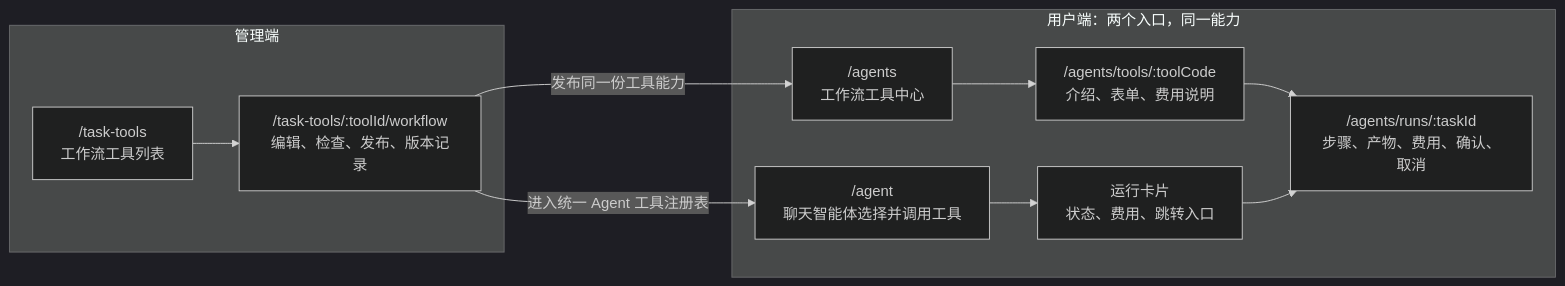
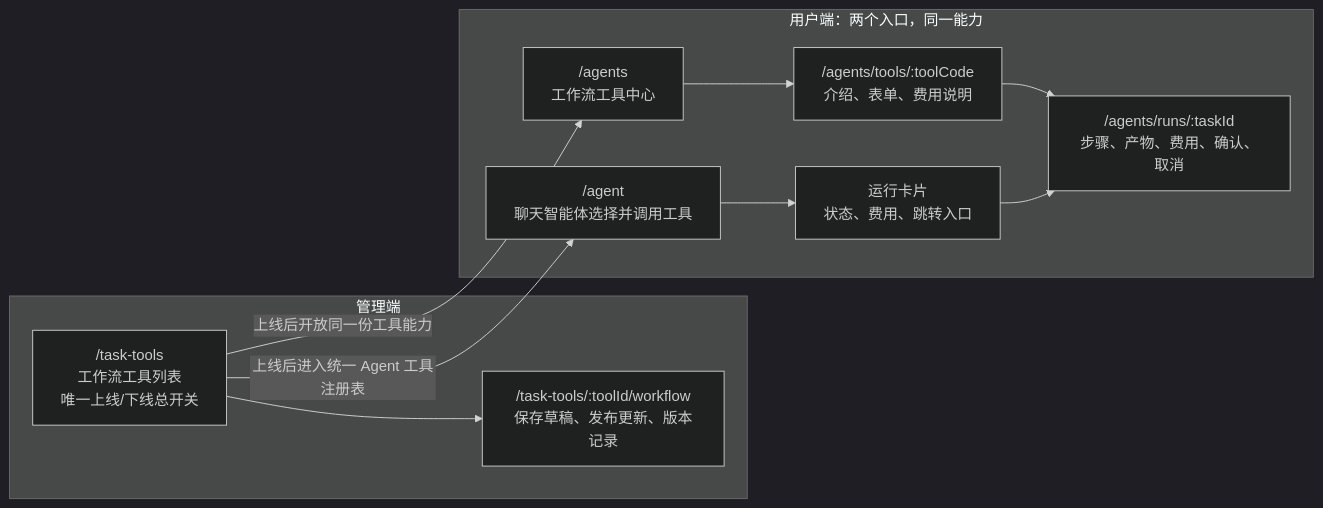
The first of 11 diagrams in docs/superpowers/specs/2026-07-13-workflow-tools-p0-v2-design.md (LancyPluto/update_aiworkspace), drawn with Mermaid (dark theme) before and after one commit. The commit also changed other lines of this file and 23 other files, not shown here.

Commit message:
fix:修复工具专用配置和通用图片配置同名冲突问题

````diff
--- a/docs/superpowers/specs/2026-07-13-workflow-tools-p0-v2-design.md
+++ b/docs/superpowers/specs/2026-07-13-workflow-tools-p0-v2-design.md
@@ -72,21 +73,21 @@
 ```mermaid
 flowchart LR
   subgraph Admin["管理端"]
-    A1["/task-tools<br/>工作流工具列表"]
-    A2["/task-tools/:toolId/workflow<br/>编辑、检查、发布、版本记录"]
+    A1["/task-tools<br/>工作流工具列表<br/>唯一上线/下线总开关"]
+    A2["/task-tools/:toolId/workflow<br/>保存草稿、发布更新、版本记录"]
     A1 --> A2
   end
 
   subgraph User["用户端：两个入口，同一能力"]
     U1["/agents<br/>工作流工具中心"]
     U2["/agents/tools/:toolCode<br/>介绍、表单、费用说明"]
     U3["/agents/runs/:taskId<br/>步骤、产物、费用、确认、取消"]
     U1 --> U2 --> U3
     C1["/agent<br/>聊天智能体选择并调用工具"]
     C2["运行卡片<br/>状态、费用、跳转入口"]
     C1 --> C2 --> U3
   end
 
-  A2 -->|"发布同一份工具能力"| U1
-  A2 -->|"进入统一 Agent 工具注册表"| C1
+  A1 -->|"上线后开放同一份工具能力"| U1
+  A1 -->|"上线后进入统一 Agent 工具注册表"| C1
 ```
````
